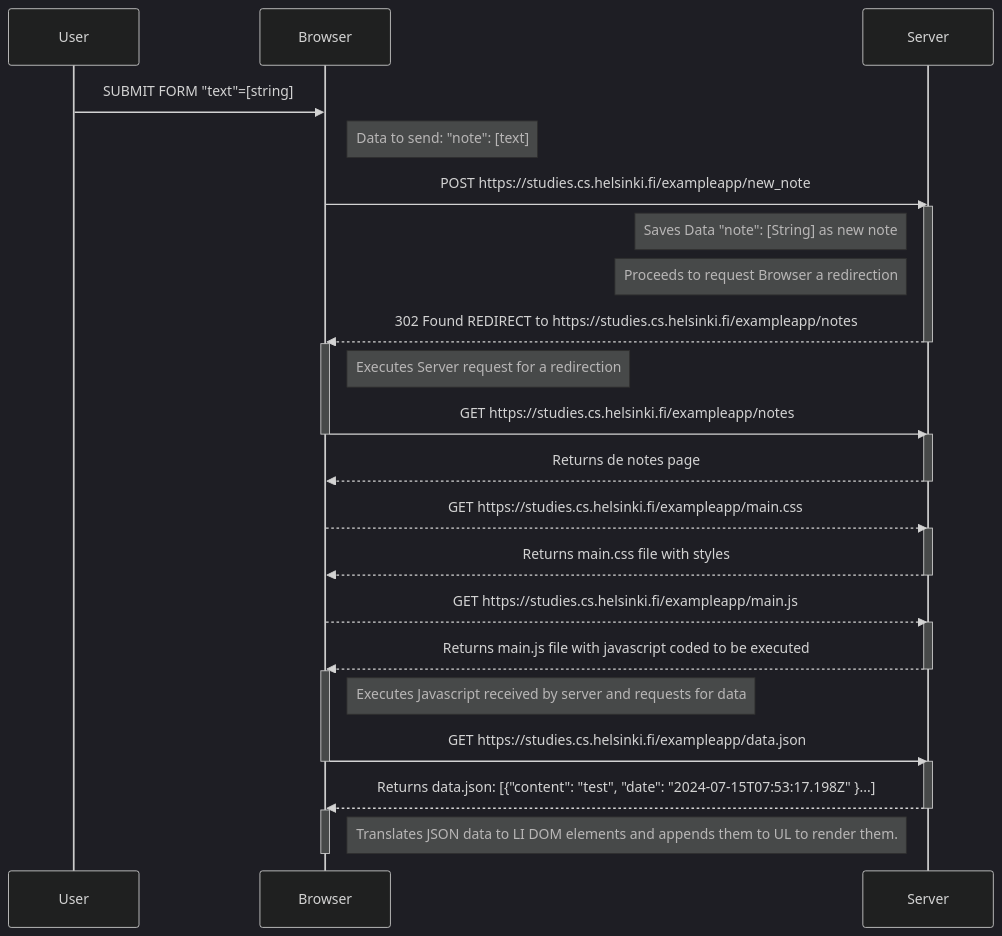
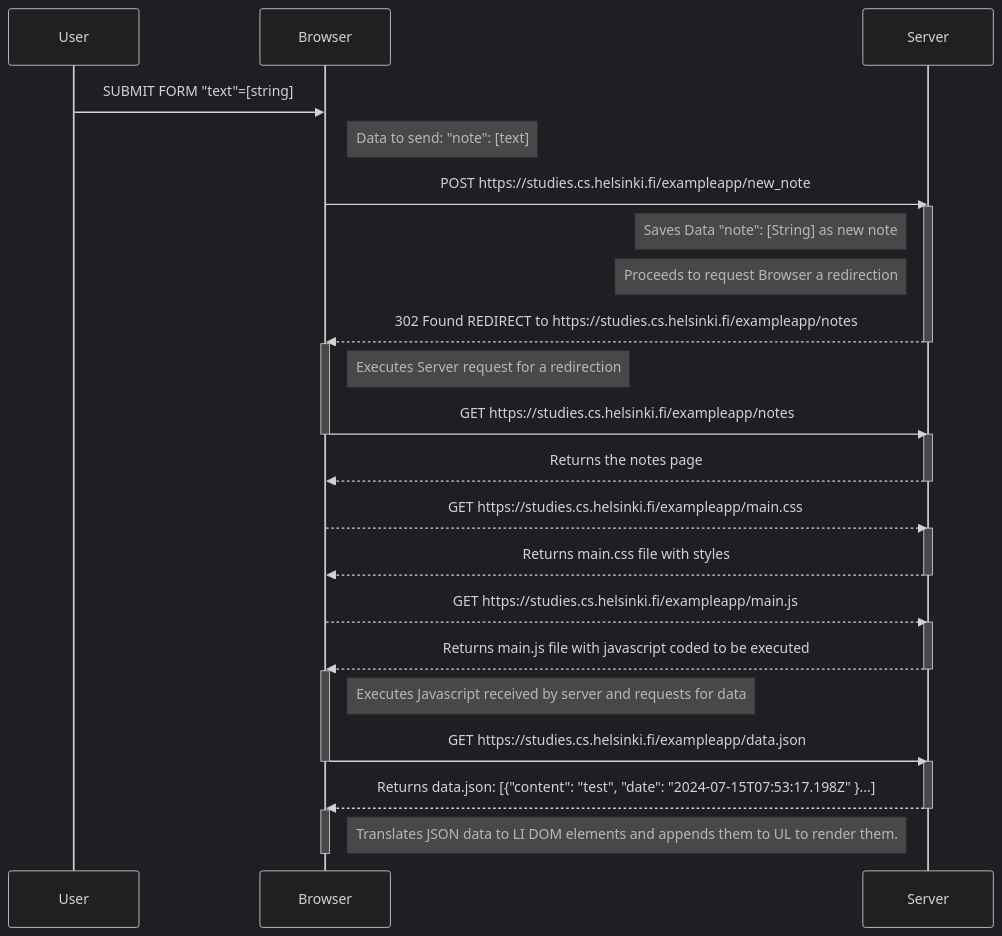
The diagram in 0.4/readme.md (ivanuria/fullstack-part-0), drawn with Mermaid (dark theme) before and after one commit. The commit also changed 1 other file, not shown here.

````diff
--- a/0.4/readme.md
+++ b/0.4/readme.md
@@ -4,54 +4,54 @@
 ```mermaid
 sequenceDiagram
     participant User
     participant Browser
     participant Server
 
     User->>Browser: SUBMIT FORM "text"=[string]
 
     Note right of Browser: Data to send: "note": [text]
 
     Browser->>Server: POST https://studies.cs.helsinki.fi/exampleapp/new_note
   
     
     activate Server
     Note left of Server: Saves Data "note": [String] as new note
     Note left of Server: Proceeds to request Browser a redirection 
     Server-->>Browser: 302 Found REDIRECT to https://studies.cs.helsinki.fi/exampleapp/notes
     deactivate Server
 
     activate Browser       
     Note right of Browser: Executes Server request for a redirection    
     Browser->>Server: GET https://studies.cs.helsinki.fi/exampleapp/notes
     deactivate Browser
 
     activate Server
-    Server-->>Browser: Returns de notes page
+    Server-->>Browser: Returns the notes page
     deactivate Server
 
     Browser-->>Server: GET https://studies.cs.helsinki.fi/exampleapp/main.css
 
     activate Server
     Server-->>Browser: Returns main.css file with styles
     deactivate Server
 
     Browser-->>Server: GET https://studies.cs.helsinki.fi/exampleapp/main.js
 
     activate Server
     Server-->>Browser: Returns main.js file with javascript coded to be executed
     deactivate Server
 
     activate Browser       
     Note right of Browser: Executes Javascript received by server and requests for data    
     Browser->>Server: GET https://studies.cs.helsinki.fi/exampleapp/data.json
     deactivate Browser
 
     activate Server
     Server-->>Browser: Returns data.json: [{"content": "test", "date": "2024-07-15T07:53:17.198Z" }...]
     deactivate Server
 
     activate Browser       
     Note right of Browser: Translates JSON data to LI DOM elements and appends them to UL to render them.
     deactivate Browser
 
 ```
````
